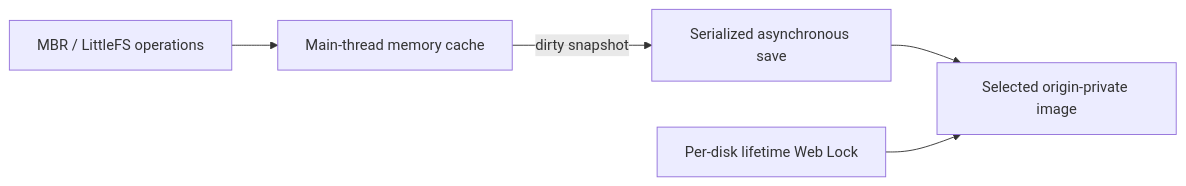
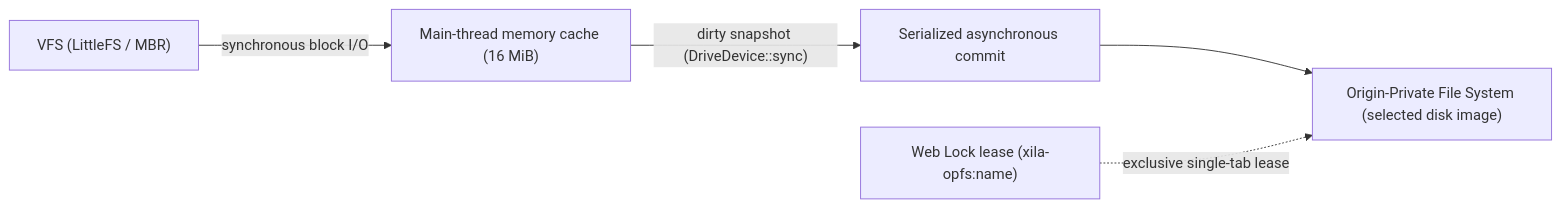
One commit to xila-project/website changed the diagram in src/content/docs/explanation/browser-storage.mdx. Above: the diagram before and after it, drawn with Mermaid. The commit also changed other lines of this file and 6 other files, not shown here.

````diff
--- a/src/content/docs/explanation/browser-storage.mdx
+++ b/src/content/docs/explanation/browser-storage.mdx
@@ -27,7 +28,7 @@
 ```mermaid
-graph LR
-    VFS[MBR / LittleFS operations] --> Cache[Main-thread memory cache]
-    Cache -->|dirty snapshot| Save[Serialized asynchronous save]
-    Save --> OPFS[Selected origin-private image]
-    Lock[Per-disk lifetime Web Lock] --> OPFS
+flowchart LR
+    VFS["VFS (LittleFS / MBR)"] -->|"synchronous block I/O"| Cache["Main-thread memory cache (16 MiB)"]
+    Cache -->|"dirty snapshot (DriveDevice::sync)"| Save["Serialized asynchronous commit"]
+    Save --> OPFS["Origin-Private File System (selected disk image)"]
+    Lock["Web Lock lease (xila-opfs:name)"] -.->|"exclusive single-tab lease"| OPFS
 ```
````
